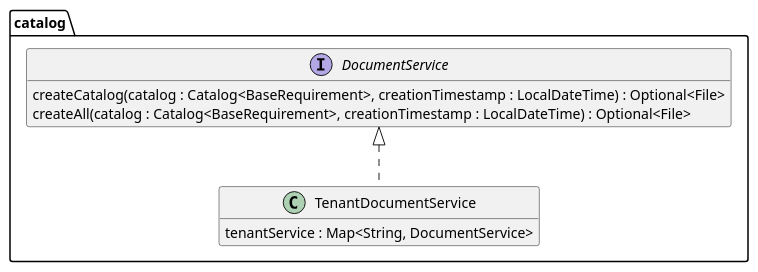
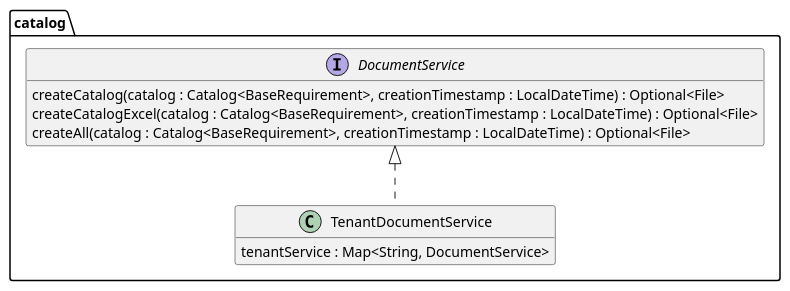
Before and after one commit to tailoringexpert/platform: the diagram in src/site/arc42/plantuml/tenant/catalog/Ebene3.plantuml, drawn with PlantUML. The commit also changed 33 other files, not shown here.

```diff
--- a/src/site/arc42/plantuml/tenant/catalog/Ebene3.plantuml
+++ b/src/site/arc42/plantuml/tenant/catalog/Ebene3.plantuml
@@ -1,16 +1,17 @@
 @startuml Ebene3.png
 hide empty members
 
 package catalog {
 
     interface DocumentService {
         createCatalog(catalog : Catalog<BaseRequirement>, creationTimestamp : LocalDateTime) : Optional<File>
+        createCatalogExcel(catalog : Catalog<BaseRequirement>, creationTimestamp : LocalDateTime) : Optional<File>
         createAll(catalog : Catalog<BaseRequirement>, creationTimestamp : LocalDateTime) : Optional<File>
     }
 
     class TenantDocumentService {
         tenantService : Map<String, DocumentService>
     }
     DocumentService <|.. TenantDocumentService
 }
 @enduml
```
